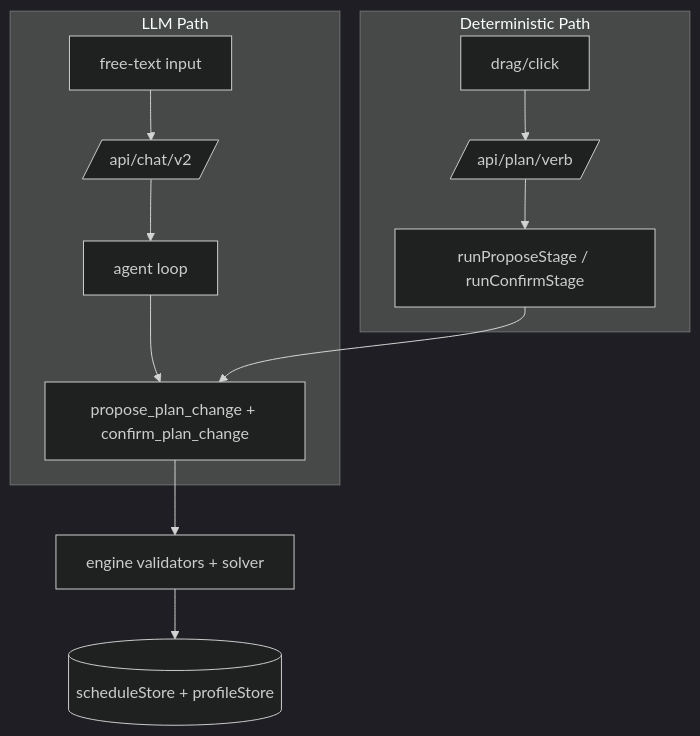
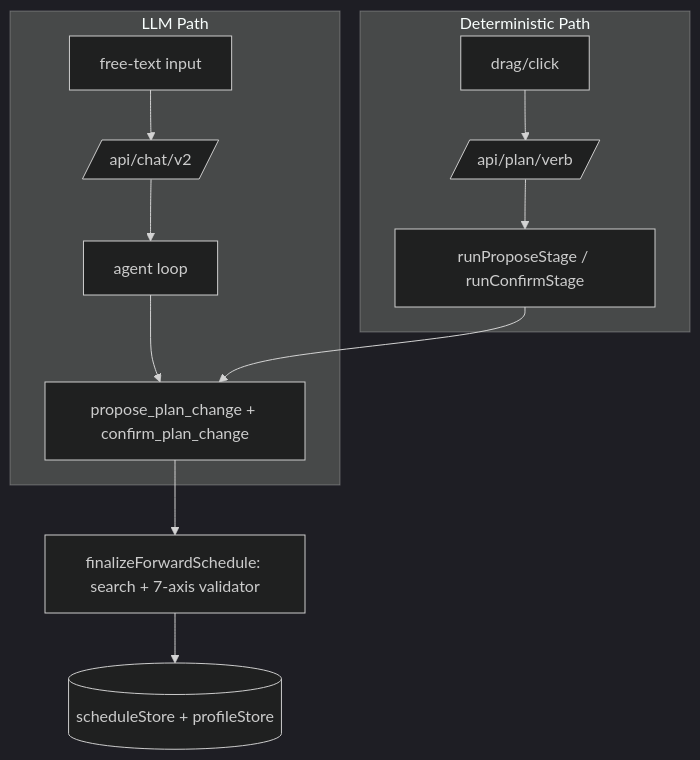
One commit to EdoardoMongardi/NYU_Path changed the fourth of 4 diagrams in Docs/current-system/web/plan-action-routes.md. Above: the diagram before and after it, drawn with Mermaid (dark theme). The commit also changed other lines of this file and 73 other files, not shown here.

````diff
--- a/Docs/current-system/web/plan-action-routes.md
+++ b/Docs/current-system/web/plan-action-routes.md
@@ -400,15 +404,15 @@
 ```mermaid
 flowchart TB
     subgraph LLM Path
         ChatIn[free-text input] --> ChatV2[/api/chat/v2/]
         ChatV2 --> Loop[agent loop]
         Loop --> Tools[propose_plan_change + confirm_plan_change]
     end
     subgraph Deterministic Path
         Gesture[drag/click] --> PlanRoutes[/api/plan/verb/]
         PlanRoutes --> Orch[runProposeStage / runConfirmStage]
         Orch --> Tools
     end
-    Tools --> Engine[engine validators + solver]
-    Engine --> Store[(scheduleStore + profileStore)]
+    Tools --> Finalize[finalizeForwardSchedule: search + 7-axis validator]
+    Finalize --> Store[(scheduleStore + profileStore)]
 ```
````
